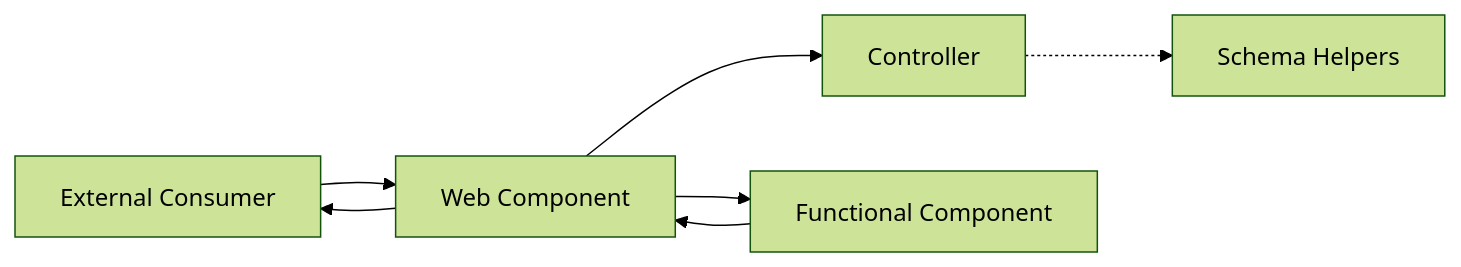
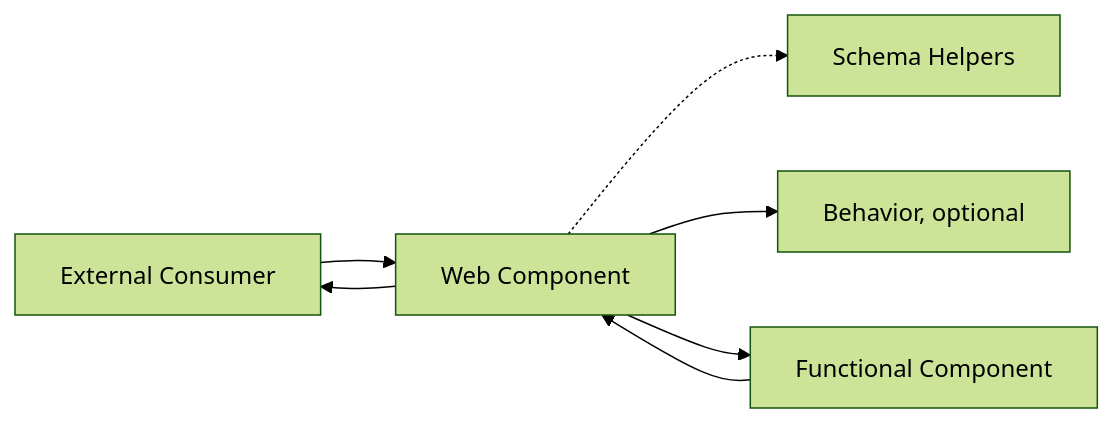
The first of 3 diagrams in packages/components/src/components/_skeleton/ARC42.md (public-ui/kolibri), drawn with Mermaid (forest theme) before and after one commit. The commit also changed other lines of this file and 76 other files, not shown here.

Commit message:
refactor(kol-skeleton): Refactor to WC+FC+Props architecture - Adopt schema with WC as orchestrator + optional Behaviors/FC - Move prop normalization to WC layer - Refactor controller logic to functional component - Update test coverage for new architecture

````diff
--- a/packages/components/src/components/_skeleton/ARC42.md
+++ b/packages/components/src/components/_skeleton/ARC42.md
@@ -90,9 +93,9 @@
 ```mermaid
 flowchart LR
     Consumer[External Consumer] --> WC[Web Component]
-    WC --> Controller
-    Controller -.-> Schema[Schema Helpers]
-    WC --> Renderer[Functional Component]
-    Renderer --> WC
+    WC -.-> Schema[Schema Helpers]
+    WC --> Behavior[Behavior, optional]
+    WC --> FC[Functional Component]
+    FC --> WC
     WC --> Consumer
 ```
````
